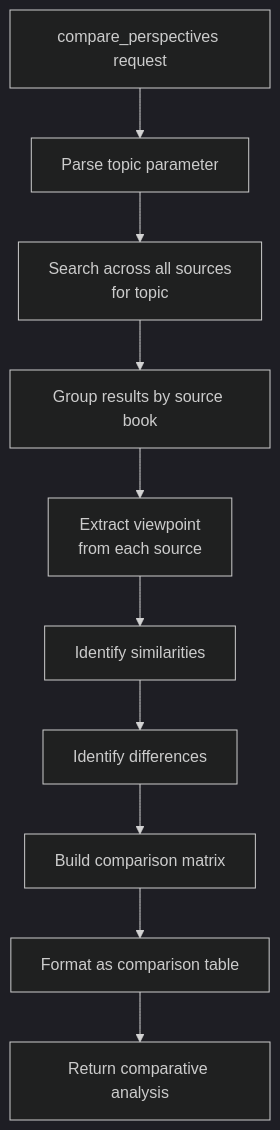
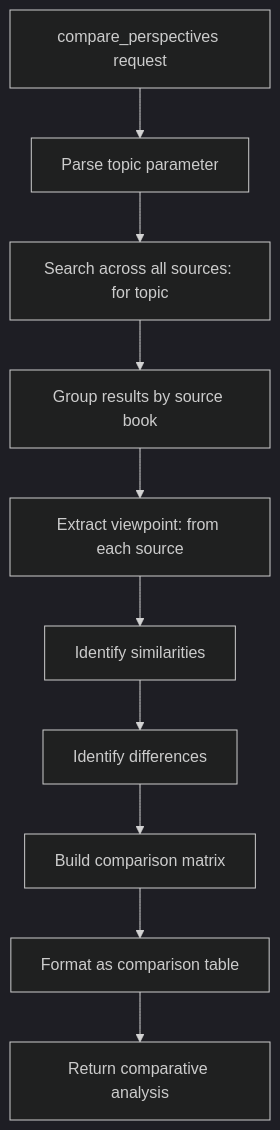
Diagram 12 of 22 in docs/ARCHITECTURE.md (hpoliset/PersonalDocLibraryRAGMCP), drawn with Mermaid (dark theme) before and after one commit. The commit also changed other lines of this file and 2 other files, not shown here.

First line of the commit message:
Update documentation with upgrade instructions and fix architecture diagrams

````diff
--- a/docs/ARCHITECTURE.md
+++ b/docs/ARCHITECTURE.md
@@ -354,12 +336,12 @@
 ```mermaid
-flowchart TD
+graph TD
     START[compare_perspectives request] --> PARAM[Parse topic parameter]
-    PARAM --> SEARCH_MULTI[Search across all sources<br/>for topic]
+    PARAM --> SEARCH_MULTI[Search across all sources: for topic]
     SEARCH_MULTI --> GROUP_SOURCE[Group results by source book]
-    GROUP_SOURCE --> EXTRACT_VIEW[Extract viewpoint<br/>from each source]
+    GROUP_SOURCE --> EXTRACT_VIEW[Extract viewpoint: from each source]
     EXTRACT_VIEW --> IDENTIFY_SIM[Identify similarities]
     IDENTIFY_SIM --> IDENTIFY_DIFF[Identify differences]
     IDENTIFY_DIFF --> BUILD_COMP[Build comparison matrix]
     BUILD_COMP --> FORMAT_TABLE[Format as comparison table]
     FORMAT_TABLE --> RESPONSE[Return comparative analysis]
 ```
````
